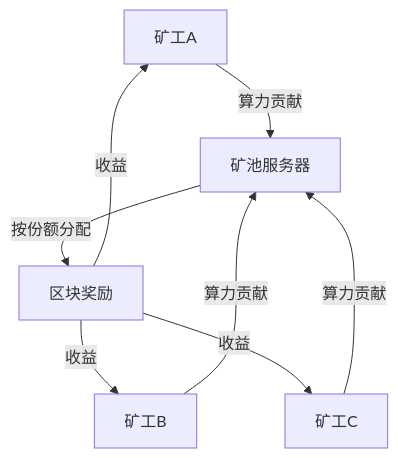
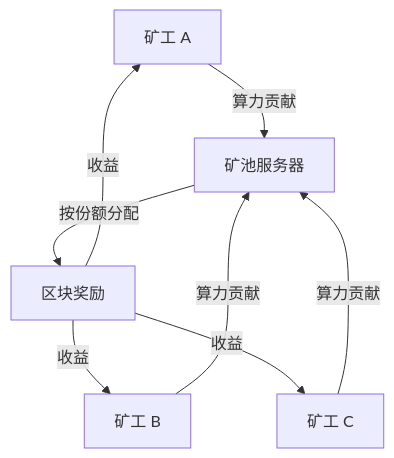
One commit to Tianshang301/TianshangKnowledgeBase changed the fifth of 7 diagrams in 05_ComputerScience/Cybersecurity/Cryptocurrency.md. Above: the diagram before and after it, drawn with Mermaid. The commit also changed other lines of this file and 2257 other files, not shown here.

````diff
--- a/05_ComputerScience/Cybersecurity/Cryptocurrency.md
+++ b/05_ComputerScience/Cybersecurity/Cryptocurrency.md
@@ -150,10 +152,10 @@
 ```mermaid
 graph TD
-    A[矿工A] -->|算力贡献| B[矿池服务器]
-    C[矿工B] -->|算力贡献| B
-    D[矿工C] -->|算力贡献| B
+    A[矿工 A] -->|算力贡献| B[矿池服务器]
+    C[矿工 B] -->|算力贡献| B
+    D[矿工 C] -->|算力贡献| B
     B -->|按份额分配| E[区块奖励]
     E -->|收益| A
     E -->|收益| C
     E -->|收益| D
 ```
````
